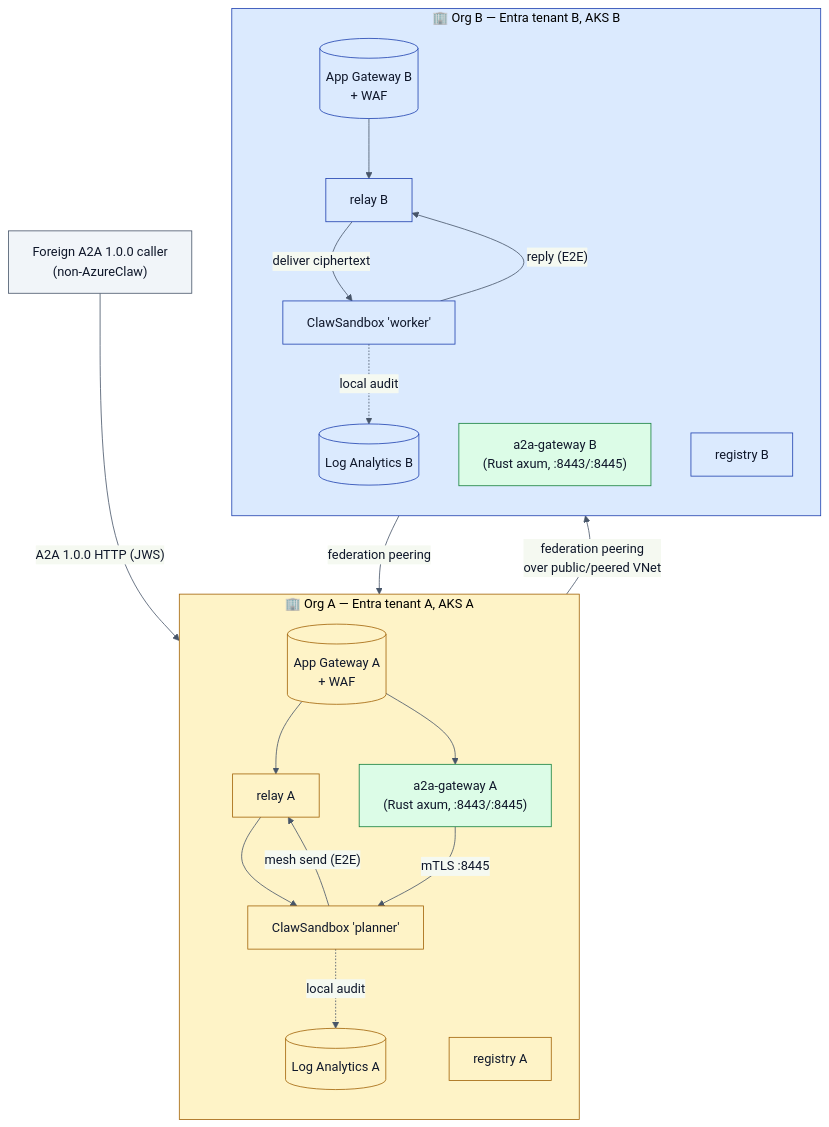
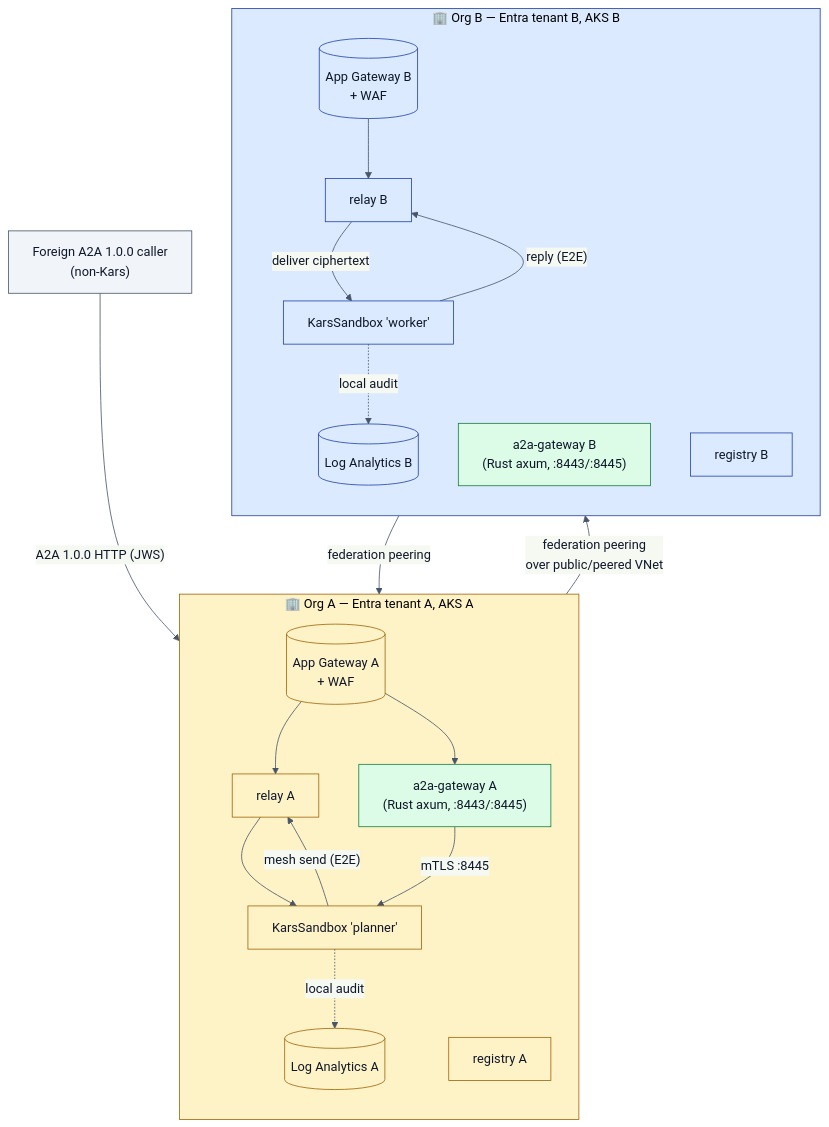
The first of 3 diagrams in docs/blueprints/04-cross-org-federation.md (lachie83/kars), drawn with Mermaid before and after one commit. The commit also changed other lines of this file and 694 other files, not shown here.

First line of the commit message:
chore(rebrand): rename project to Kars — Agent Reference Stack for Kubernetes (#355)

````diff
--- a/docs/blueprints/04-cross-org-federation.md
+++ b/docs/blueprints/04-cross-org-federation.md
@@ -13,49 +13,49 @@
 ```mermaid
 %%{init: {'theme':'base','themeVariables':{'primaryColor':'#f1f5f9','primaryBorderColor':'#475569','primaryTextColor':'#0f172a','lineColor':'#475569','clusterBkg':'#f8fafc','clusterBorder':'#94a3b8','fontFamily':'-apple-system, BlinkMacSystemFont, Segoe UI, sans-serif'}}}%%
 flowchart TB
   subgraph OrgA["🏢 Org A — Entra tenant A, AKS A"]
     direction TB
     AGwA[("App Gateway A<br/>+ WAF")]
     A2AGwA["a2a-gateway A<br/>(Rust axum, :8443/:8445)"]
     RegA["registry A"]
     RlyA["relay A"]
-    AgentA["ClawSandbox 'planner'"]
+    AgentA["KarsSandbox 'planner'"]
     AuditA[("Log Analytics A")]
   end
 
   subgraph OrgB["🏢 Org B — Entra tenant B, AKS B"]
     direction TB
     AGwB[("App Gateway B<br/>+ WAF")]
     A2AGwB["a2a-gateway B<br/>(Rust axum, :8443/:8445)"]
     RegB["registry B"]
     RlyB["relay B"]
-    AgentB["ClawSandbox 'worker'"]
+    AgentB["KarsSandbox 'worker'"]
     AuditB[("Log Analytics B")]
   end
 
-  ForeignCaller["Foreign A2A 1.0.0 caller<br/>(non-AzureClaw)"]
+  ForeignCaller["Foreign A2A 1.0.0 caller<br/>(non-Kars)"]
 
   AgentA -->|"mesh send (E2E)"| RlyA
   RlyA -->|"federation peering<br/>over public/peered VNet"| AGwB
   AGwB --> RlyB
   RlyB -->|"deliver ciphertext"| AgentB
 
   AgentB -->|"reply (E2E)"| RlyB
   RlyB -->|"federation peering"| AGwA
   AGwA --> RlyA
   RlyA --> AgentA
 
   ForeignCaller -->|"A2A 1.0.0 HTTP (JWS)"| AGwA
   AGwA --> A2AGwA
   A2AGwA -->|"mTLS :8445"| AgentA
 
   AgentA -.->|"local audit"| AuditA
   AgentB -.->|"local audit"| AuditB
 
   classDef orgA fill:#fef3c7,stroke:#a16207;
   classDef orgB fill:#dbeafe,stroke:#1e40af;
   classDef gw fill:#dcfce7,stroke:#15803d;
   class OrgA,AGwA,RegA,RlyA,AgentA,AuditA orgA;
   class OrgB,AGwB,RegB,RlyB,AgentB,AuditB orgB;
   class A2AGwA,A2AGwB gw;
 ```
````
